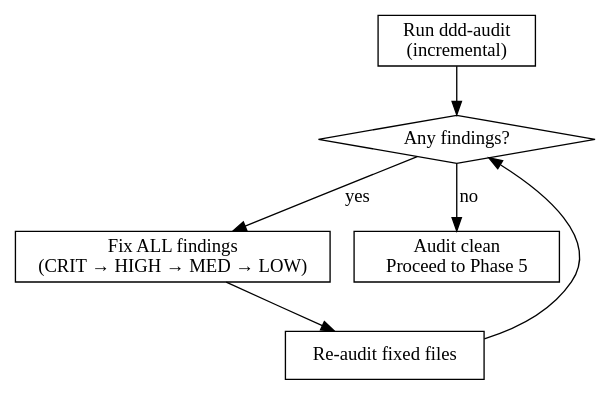
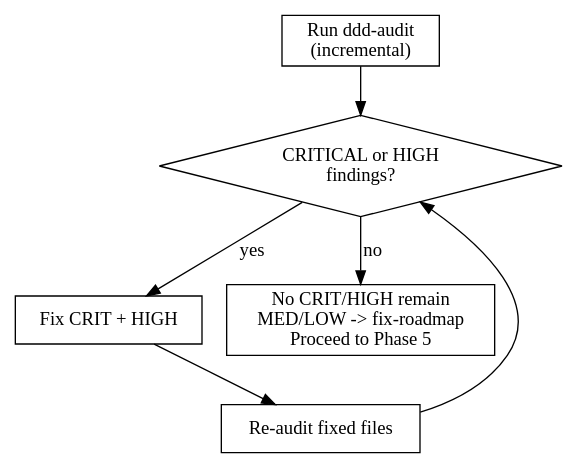
One commit to litecore-ai/ddd-coding-skills changed the third of 3 diagrams in skills/ddd-develop/SKILL.md. Above: the diagram before and after it, drawn with Graphviz. The commit also changed other lines of this file and 3 other files, not shown here.

First line of the commit message:
refactor(ddd-develop): drop per-task quality reviewer; audit fixes CRIT/HIGH only

````diff
--- a/skills/ddd-develop/SKILL.md
+++ b/skills/ddd-develop/SKILL.md
@@ -582,15 +575,15 @@
 ```dot
 digraph audit_loop {
   audit [label="Run ddd-audit\n(incremental)" shape=box];
-  findings [label="Any findings?" shape=diamond];
-  fix [label="Fix ALL findings\n(CRIT → HIGH → MED → LOW)" shape=box];
+  findings [label="CRITICAL or HIGH\nfindings?" shape=diamond];
+  fix [label="Fix CRIT + HIGH" shape=box];
   reaudit [label="Re-audit fixed files" shape=box];
-  done [label="Audit clean\nProceed to Phase 5" shape=box];
+  done [label="No CRIT/HIGH remain\nMED/LOW -> fix-roadmap\nProceed to Phase 5" shape=box];
 
   audit -> findings;
   findings -> fix [label="yes"];
   fix -> reaudit;
   reaudit -> findings;
   findings -> done [label="no"];
 }
 ```
````
